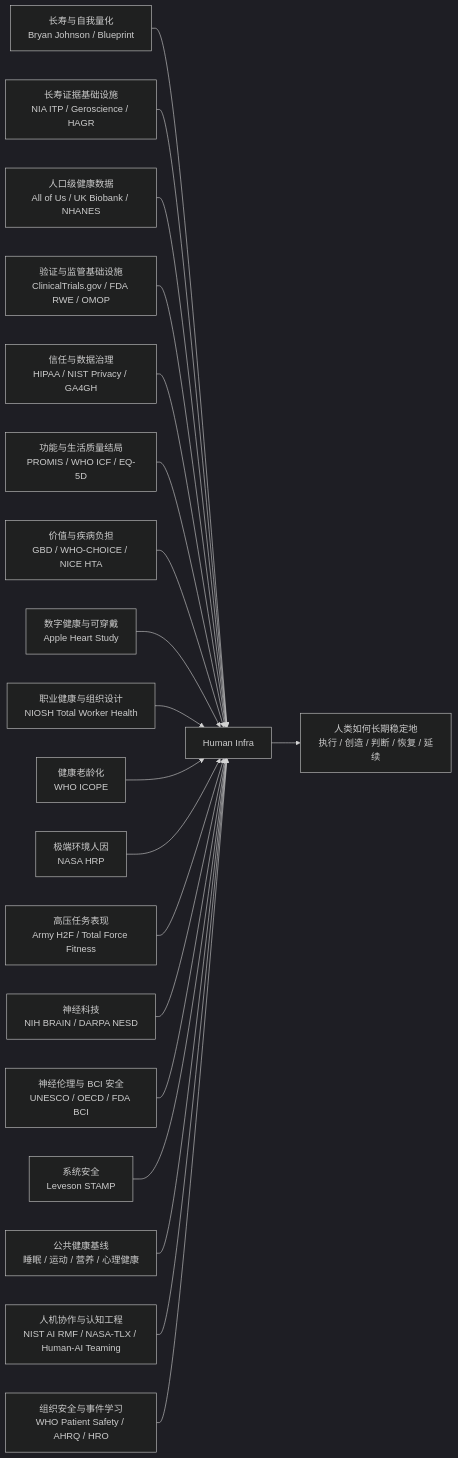
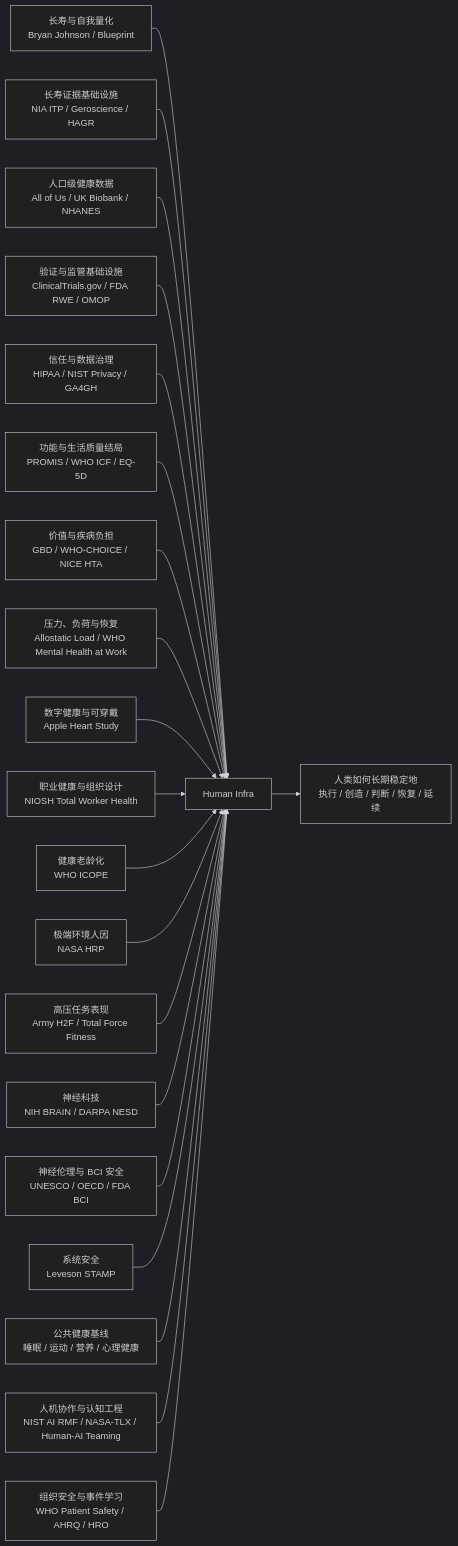
The first of 4 diagrams in README.md (123olp/ys), drawn with Mermaid (dark theme) before and after one commit. The commit also changed other lines of this file and 2 other files, not shown here.

````diff
--- a/README.md
+++ b/README.md
@@ -22,23 +22,24 @@
 ```mermaid
 flowchart LR
     A[长寿与自我量化<br/>Bryan Johnson / Blueprint] --> H[Human Infra]
     L[长寿证据基础设施<br/>NIA ITP / Geroscience / HAGR] --> H
     P[人口级健康数据<br/>All of Us / UK Biobank / NHANES] --> H
     R[验证与监管基础设施<br/>ClinicalTrials.gov / FDA RWE / OMOP] --> H
     T[信任与数据治理<br/>HIPAA / NIST Privacy / GA4GH] --> H
     Q[功能与生活质量结局<br/>PROMIS / WHO ICF / EQ-5D] --> H
     V[价值与疾病负担<br/>GBD / WHO-CHOICE / NICE HTA] --> H
+    S[压力、负荷与恢复<br/>Allostatic Load / WHO Mental Health at Work] --> H
     B[数字健康与可穿戴<br/>Apple Heart Study] --> H
     C[职业健康与组织设计<br/>NIOSH Total Worker Health] --> H
     D[健康老龄化<br/>WHO ICOPE] --> H
     E[极端环境人因<br/>NASA HRP] --> H
     F[高压任务表现<br/>Army H2F / Total Force Fitness] --> H
     G[神经科技<br/>NIH BRAIN / DARPA NESD] --> H
     N[神经伦理与 BCI 安全<br/>UNESCO / OECD / FDA BCI] --> H
     I[系统安全<br/>Leveson STAMP] --> H
     K[公共健康基线<br/>睡眠 / 运动 / 营养 / 心理健康] --> H
     M[人机协作与认知工程<br/>NIST AI RMF / NASA-TLX / Human-AI Teaming] --> H
     O[组织安全与事件学习<br/>WHO Patient Safety / AHRQ / HRO] --> H
 
     H --> J[人类如何长期稳定地<br/>执行 / 创造 / 判断 / 恢复 / 延续]
 ```
````
